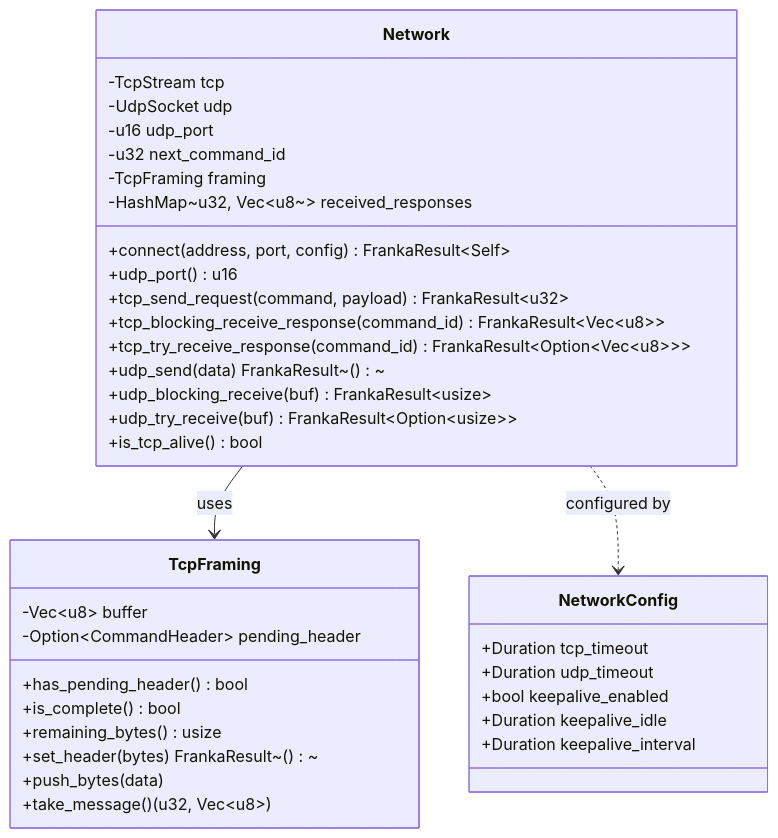
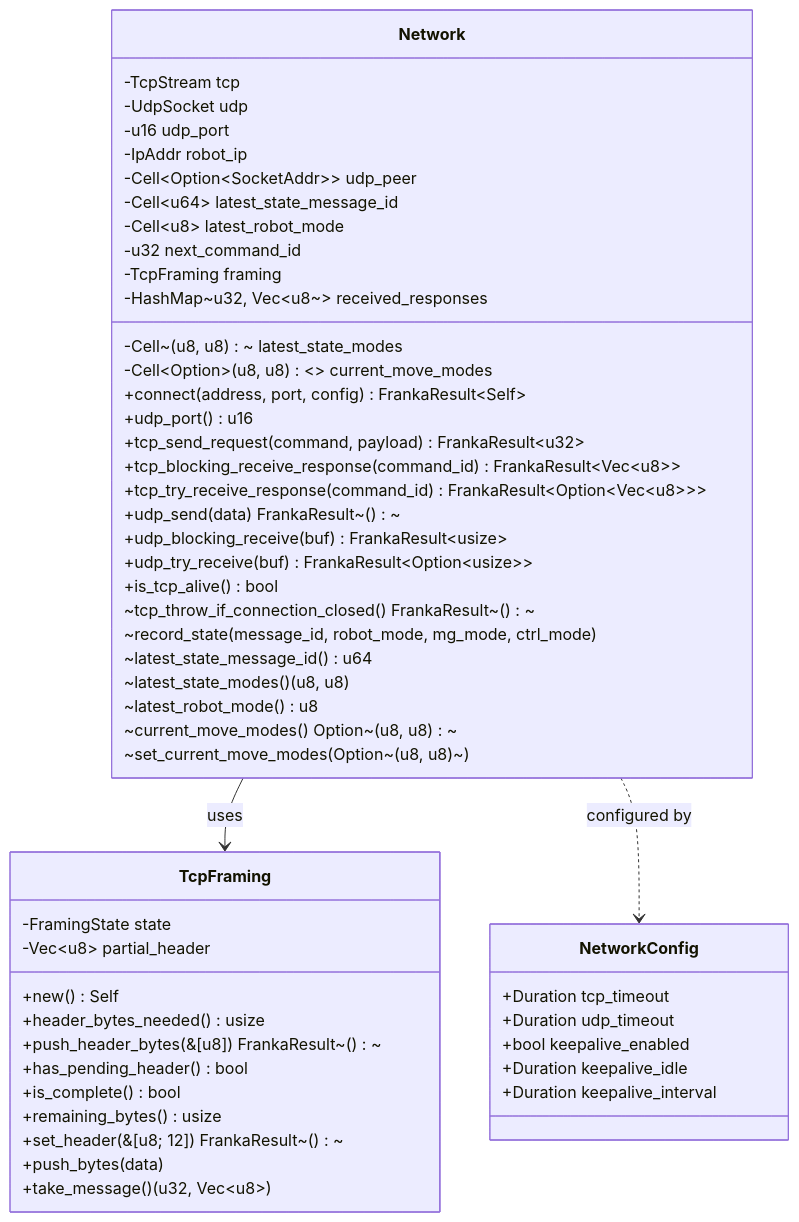
Before and after one commit to ColeTen/franka-rs: the first of 3 diagrams in docs/src/modules/network.md, drawn with Mermaid. The commit also changed other lines of this file and 43 other files, not shown here.

````diff
--- a/docs/src/modules/network.md
+++ b/docs/src/modules/network.md
@@ -12,42 +17,58 @@
 ```mermaid
 classDiagram
     class Network {
         -TcpStream tcp
         -UdpSocket udp
         -u16 udp_port
+        -IpAddr robot_ip
+        -Cell~Option~SocketAddr~~ udp_peer
+        -Cell~u64~ latest_state_message_id
+        -Cell~(u8, u8)~ latest_state_modes
+        -Cell~u8~ latest_robot_mode
+        -Cell~Option~(u8, u8)~~ current_move_modes
         -u32 next_command_id
         -TcpFraming framing
         -HashMap~u32, Vec~u8~~ received_responses
         +connect(address, port, config) FrankaResult~Self~
         +udp_port() u16
         +tcp_send_request(command, payload) FrankaResult~u32~
         +tcp_blocking_receive_response(command_id) FrankaResult~Vec~u8~~
         +tcp_try_receive_response(command_id) FrankaResult~Option~Vec~u8~~~
         +udp_send(data) FrankaResult~()~
         +udp_blocking_receive(buf) FrankaResult~usize~
         +udp_try_receive(buf) FrankaResult~Option~usize~~
         +is_tcp_alive() bool
+        ~tcp_throw_if_connection_closed() FrankaResult~()~
+        ~record_state(message_id, robot_mode, mg_mode, ctrl_mode)
+        ~latest_state_message_id() u64
+        ~latest_state_modes() (u8, u8)
+        ~latest_robot_mode() u8
+        ~current_move_modes() Option~(u8, u8)~
+        ~set_current_move_modes(Option~(u8, u8)~)
     }
 
     class NetworkConfig {
         +Duration tcp_timeout
         +Duration udp_timeout
         +bool keepalive_enabled
         +Duration keepalive_idle
         +Duration keepalive_interval
     }
 
     class TcpFraming {
-        -Vec~u8~ buffer
-        -Option~CommandHeader~ pending_header
+        -FramingState state
+        -Vec~u8~ partial_header
+        +new() Self
+        +header_bytes_needed() usize
+        +push_header_bytes(&[u8]) FrankaResult~()~
         +has_pending_header() bool
         +is_complete() bool
         +remaining_bytes() usize
-        +set_header(bytes) FrankaResult~()~
+        +set_header(&[u8; 12]) FrankaResult~()~
         +push_bytes(data)
         +take_message() (u32, Vec~u8~)
     }
 
     Network --> TcpFraming : uses
     Network ..> NetworkConfig : configured by
 ```
````
